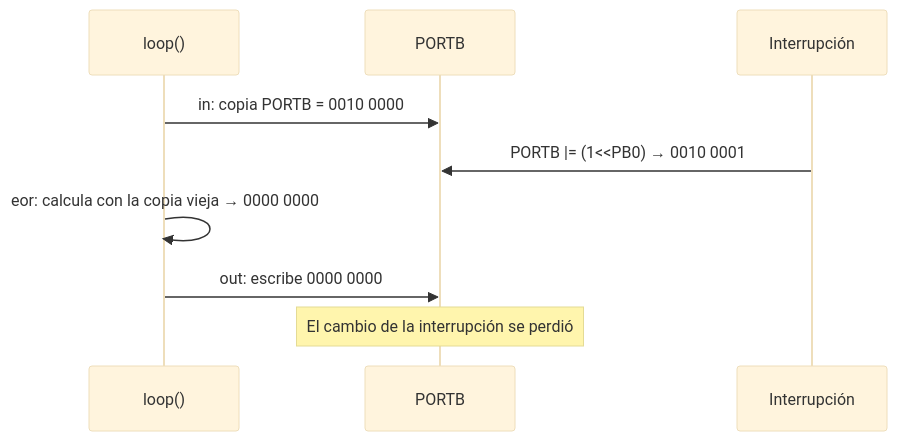
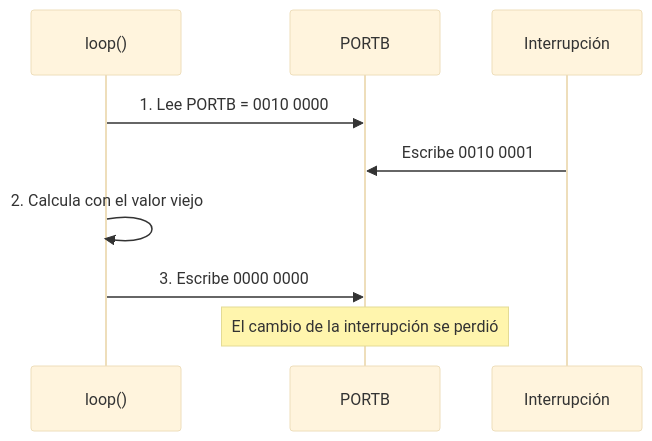
One commit to AlejandroTatum/sistemas-digitales-unl changed the fourth of 10 diagrams in unidad-1/apuntes/03-del-avr-al-esp32.md. Above: the diagram before and after it, drawn with Mermaid (base theme). The commit also changed other lines of this file and 16 other files, not shown here.

````diff
--- a/unidad-1/apuntes/03-del-avr-al-esp32.md
+++ b/unidad-1/apuntes/03-del-avr-al-esp32.md
@@ -75,11 +75,11 @@
 ```mermaid
 sequenceDiagram
     participant L as loop()
     participant R as PORTB
     participant I as Interrupción
-    L->>R: in: copia PORTB = 0010 0000
-    I->>R: PORTB |= (1#lt;#lt;PB0) → 0010 0001
-    L->>L: eor: calcula con la copia vieja → 0000 0000
-    L->>R: out: escribe 0000 0000
+    L->>R: 1. Lee PORTB = 0010 0000
+    I->>R: Escribe 0010 0001
+    L->>L: 2. Calcula con el valor viejo
+    L->>R: 3. Escribe 0000 0000
     Note over R: El cambio de la interrupción se perdió
 ```
````
